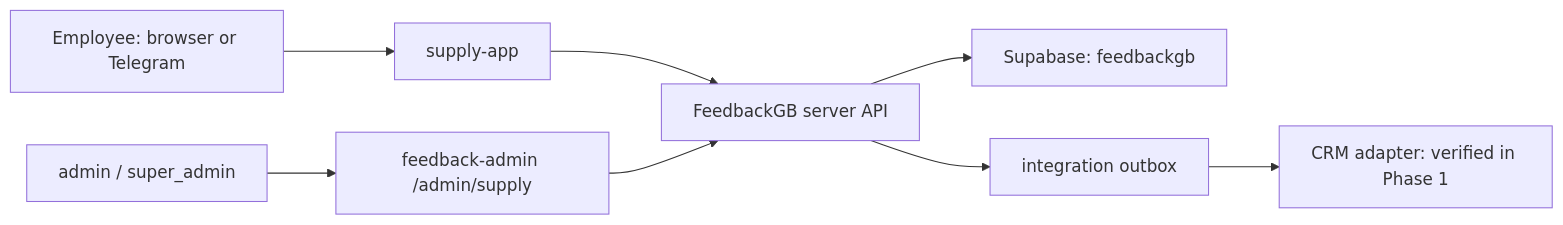
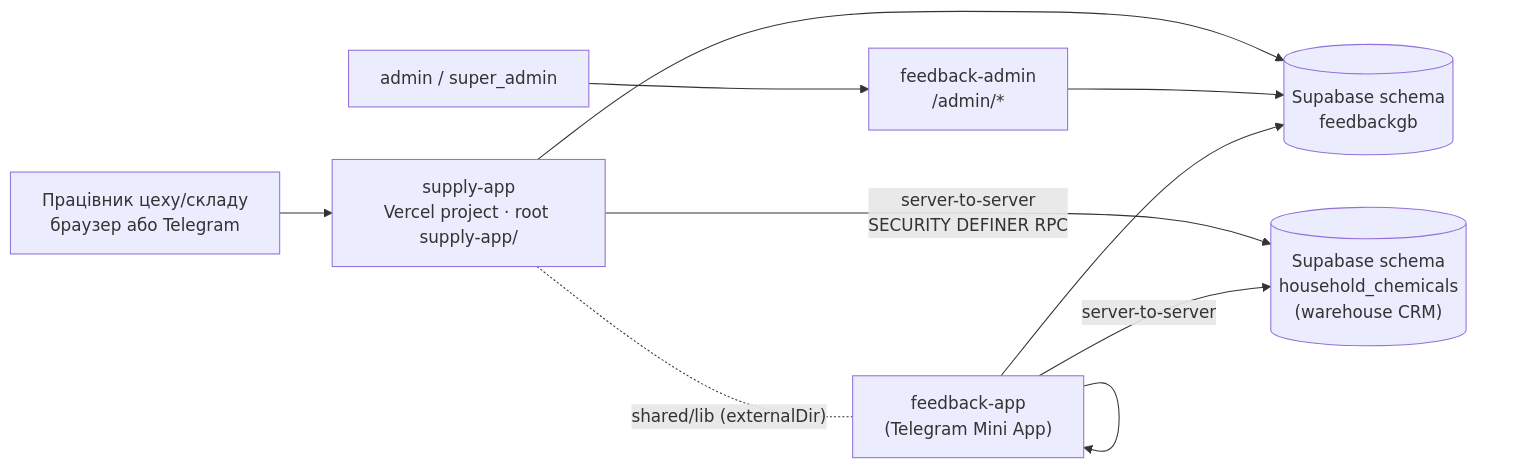
Before and after one commit to yobozavrik/feedbackGB: the first of 5 diagrams in docs/supply-app/ARCHITECTURE.md, drawn with Mermaid. The commit also changed other lines of this file and 7 other files, not shown here.

````diff
--- a/docs/supply-app/ARCHITECTURE.md
+++ b/docs/supply-app/ARCHITECTURE.md
@@ -3,10 +18,15 @@
 ```mermaid
 flowchart LR
-  Employee["Employee: browser or Telegram"] --> Supply["supply-app"]
-  Admin["admin / super_admin"] --> AdminApp["feedback-admin /admin/supply"]
-  Supply --> API["FeedbackGB server API"]
-  AdminApp --> API
-  API --> DB["Supabase: feedbackgb"]
-  API --> Outbox["integration outbox"]
-  Outbox --> CRM["CRM adapter: verified in Phase 1"]
+  Worker["Працівник цеху/складу<br/>браузер або Telegram"] --> Supply["supply-app<br/>Vercel project · root supply-app/"]
+  Admin["admin / super_admin"] --> AdminApp["feedback-admin<br/>/admin/*"]
+  Seller["Продавчиня магазину"] --> Seller["feedback-app<br/>(Telegram Mini App)"]
+
+  Supply --> FBGB[("Supabase schema<br/>feedbackgb")]
+  AdminApp --> FBGB
+  Seller --> FBGB
+
+  Supply -- "server-to-server<br/>SECURITY DEFINER RPC" --> HC[("Supabase schema<br/>household_chemicals<br/>(warehouse CRM)")]
+  Seller -- "server-to-server" --> HC
+
+  Supply -. "shared/lib (externalDir)" .- Seller
 ```
````
